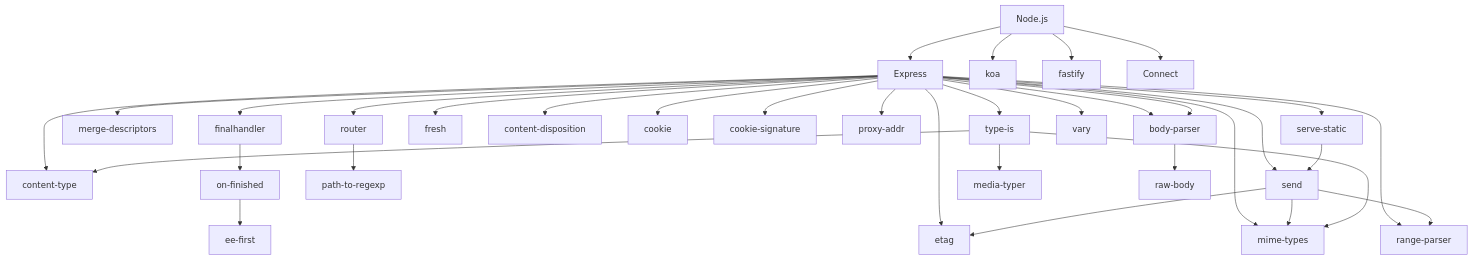
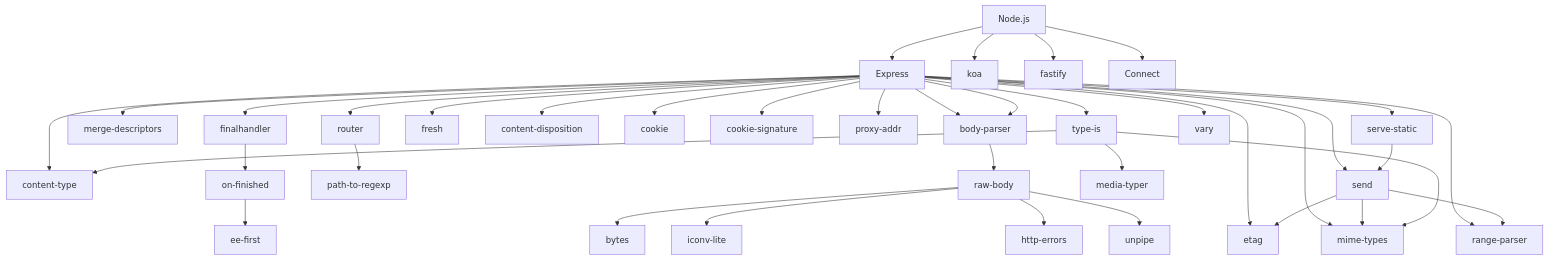
One commit to samuel871211/yusheng-tech-blog changed the first of 5 diagrams in docs/http/npm-http-chain-1.md. Above: the diagram before and after it, drawn with Mermaid. The commit also changed other lines of this file, not shown here.

Commit message:
chain add raw-body

````diff
--- a/docs/http/npm-http-chain-1.md
+++ b/docs/http/npm-http-chain-1.md
@@ -10,42 +10,47 @@
 ```mermaid
 flowchart TD
     Node.js --> Express
     Node.js --> koa
     Node.js --> fastify
     Node.js --> Connect
 
     Express --> finalhandler
     Express --> merge-descriptors
     Express --> body-parser
     Express --> router
     Express --> body-parser
     Express --> fresh
     Express --> content-type
     Express --> content-disposition
     Express --> cookie
     Express --> cookie-signature
     Express --> etag
     Express --> mime-types
     Express --> proxy-addr
     Express --> range-parser
     Express --> send
     Express --> serve-static
     Express --> type-is
     Express --> vary
 
     router --> path-to-regexp
     finalhandler --> on-finished
     on-finished --> ee-first
 
     send --> mime-types
     send --> range-parser
     send --> etag
 
     type-is --> content-type
     type-is --> mime-types
     type-is --> media-typer
 
     serve-static --> send
 
     body-parser --> raw-body
+
+    raw-body --> bytes
+    raw-body --> iconv-lite
+    raw-body --> http-errors
+    raw-body --> unpipe
 ```
````
